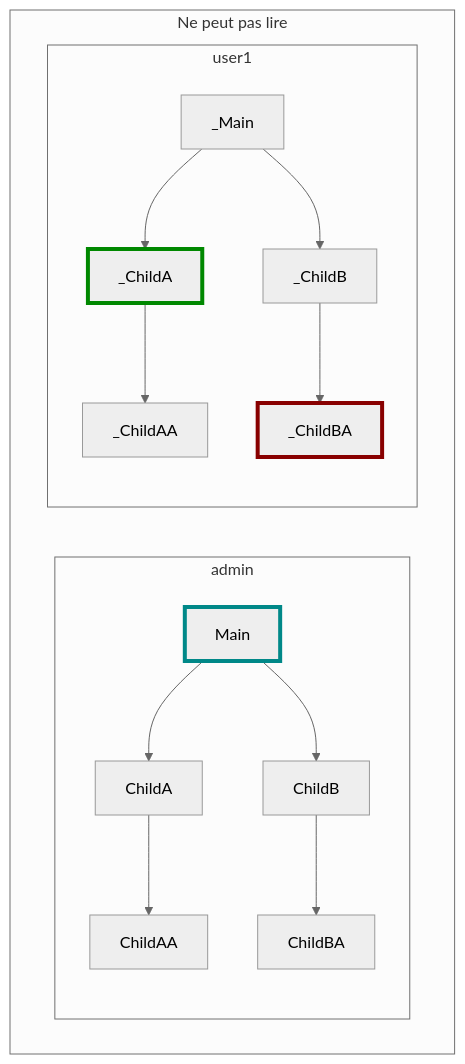
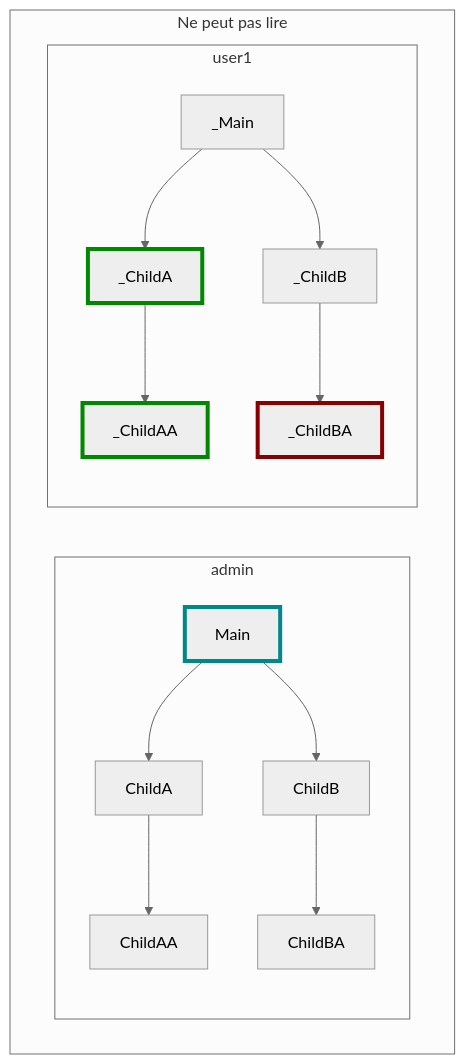
The sixth of 17 diagrams in accesses/rights_schema.md (aphp/Cohort360-Back-end), drawn with Mermaid (neutral theme) before and after one commit. The commit also changed other lines of this file and 19 other files, not shown here.

````diff
--- a/accesses/rights_schema.md
+++ b/accesses/rights_schema.md
@@ -250,22 +250,23 @@
 ```mermaid
 flowchart TD
 subgraph Ne peut pas lire
     subgraph admin
     direction TB
     Main --> ChildA
     Main --> ChildB
     ChildA --> ChildAA
     ChildB --> ChildBA
     style Main stroke:#088,stroke-width:4px
     end
     subgraph user1
     direction TB
     _Main --> _ChildA
     _Main --> _ChildB
     _ChildA --> _ChildAA
     _ChildB --> _ChildBA
     style _ChildA stroke:#080,stroke-width:4px
+    style _ChildAA stroke:#080,stroke-width:4px
     style _ChildBA stroke:#800,stroke-width:4px
     end
 end
 ```
````
